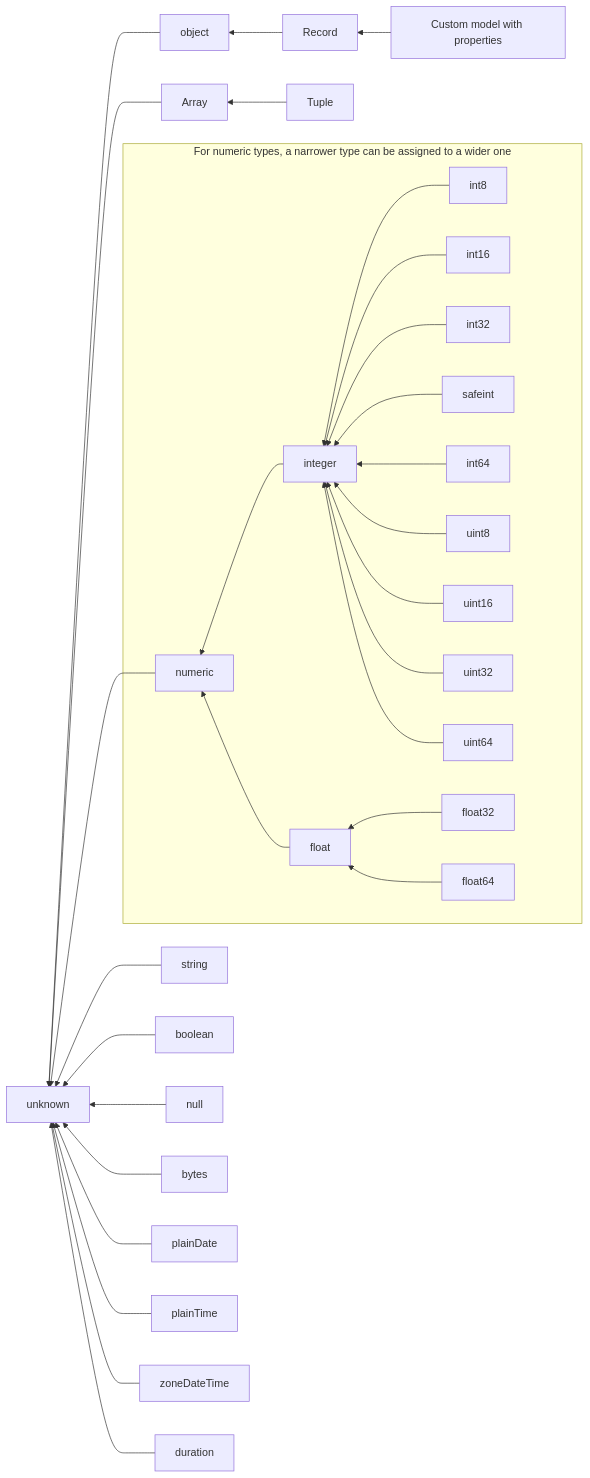
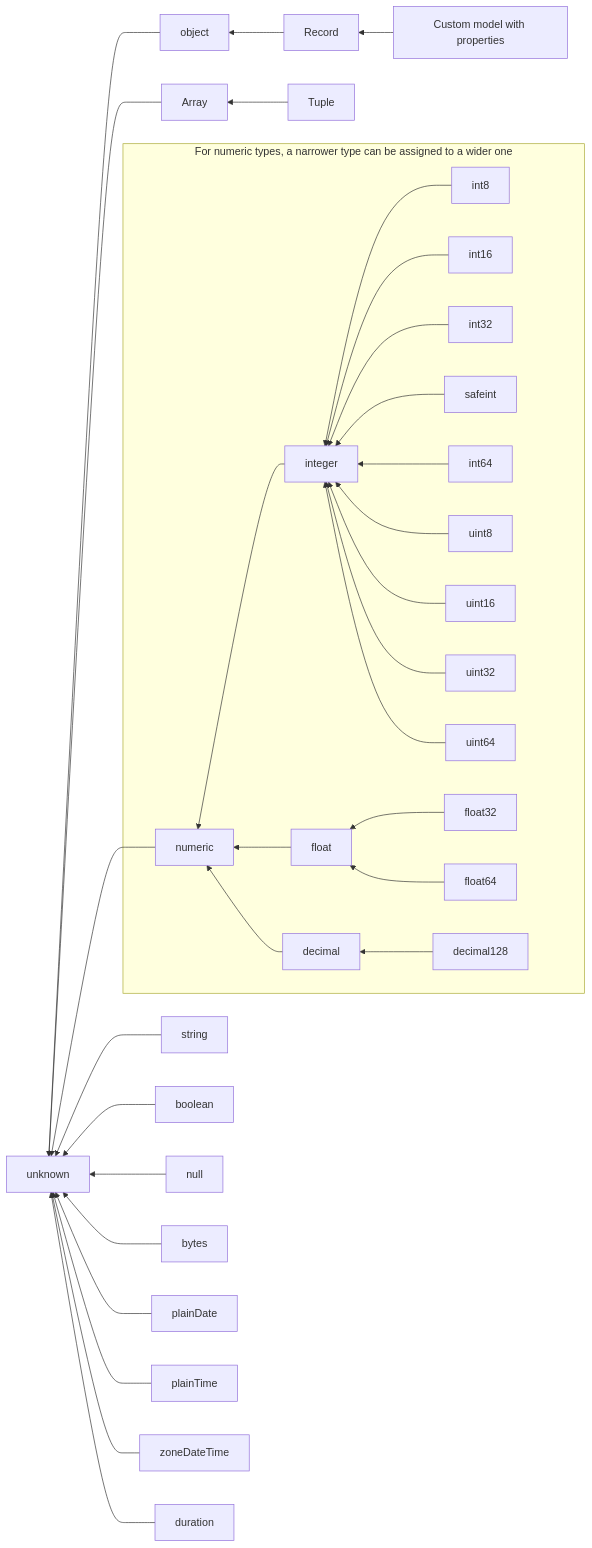
One commit to microsoft/typespec changed the diagram in docs/language-basics/type-relations.md. Above: the diagram before and after it, drawn with Mermaid. The commit also changed 8 other files, not shown here.

````diff
--- a/docs/language-basics/type-relations.md
+++ b/docs/language-basics/type-relations.md
@@ -10,32 +10,34 @@
 ```mermaid
 graph RL
     object --> unknown
     record["Record<T>"] --> object
     customModel["Custom model with properties"] --> record["Record<T>"]
     array["Array<T>"] --> unknown
     tuple["Tuple"] --> array
     numeric --> unknown
     subgraph numerics[For numeric types, a narrower type can be assigned to a wider one]
       integer --> numeric
         int8 --> integer
         int16 --> integer
         int32 --> integer
         safeint --> integer
         int64 --> integer
         uint8 --> integer
         uint16 --> integer
         uint32 --> integer
         uint64 --> integer
       float --> numeric
         float32 --> float
         float64 -->  float
+      decimal --> numeric
+        decimal128 --> decimal
     end
     string --> unknown
     boolean --> unknown
     null --> unknown
     bytes --> unknown
     plainDate --> unknown
     plainTime --> unknown
     zoneDateTime --> unknown
     duration --> unknown
 ```
````
